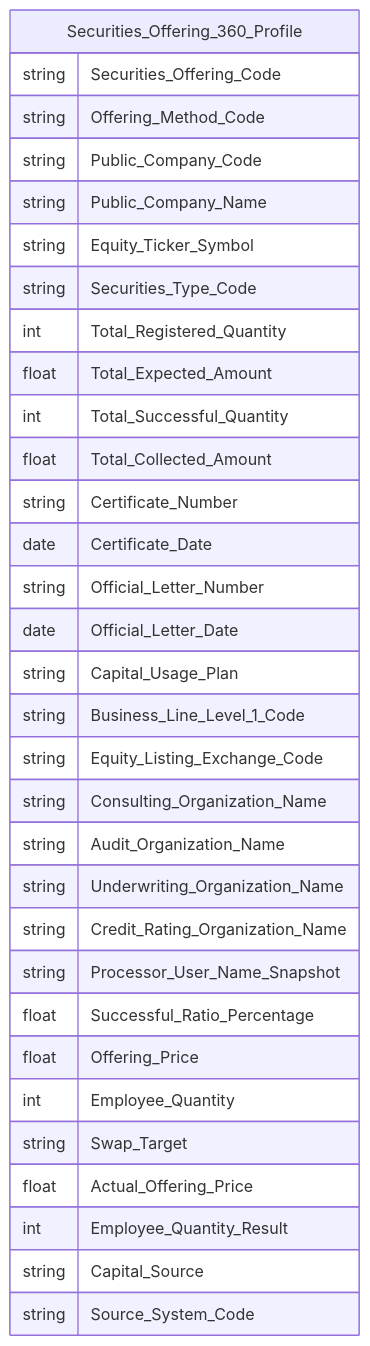
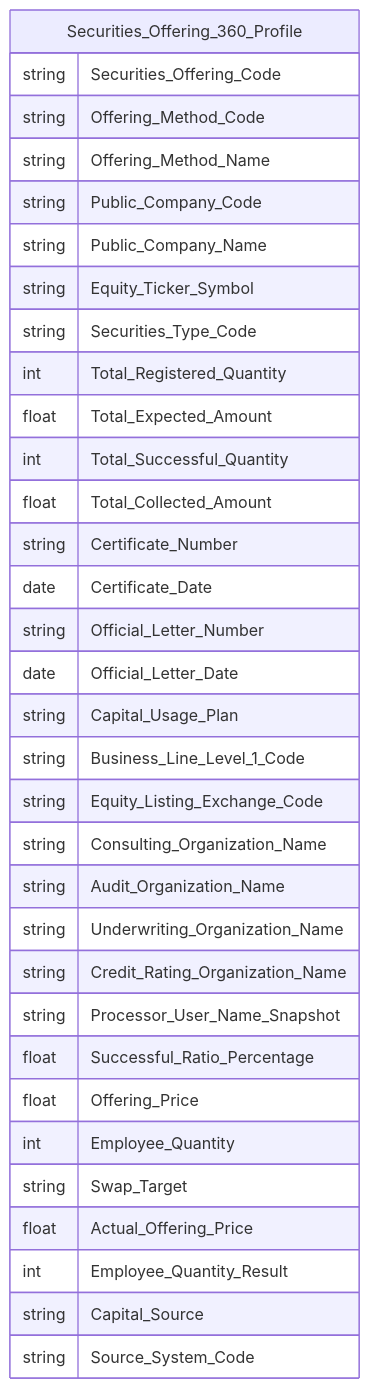
Before and after one commit to linhlvit/ubck_atomic_design: diagram 12 of 22 in Datamart/hld/DTM_QLCB_HLD.md, drawn with Mermaid. The commit also changed other lines of this file and 60 other files, not shown here.

````diff
--- a/Datamart/hld/DTM_QLCB_HLD.md
+++ b/Datamart/hld/DTM_QLCB_HLD.md
@@ -614,35 +616,36 @@
 ```mermaid
 erDiagram
     Securities_Offering_360_Profile {
         string Securities_Offering_Code
         string Offering_Method_Code
+        string Offering_Method_Name
         string Public_Company_Code
         string Public_Company_Name
         string Equity_Ticker_Symbol
         string Securities_Type_Code
         int Total_Registered_Quantity
         float Total_Expected_Amount
         int Total_Successful_Quantity
         float Total_Collected_Amount
         string Certificate_Number
         date Certificate_Date
         string Official_Letter_Number
         date Official_Letter_Date
         string Capital_Usage_Plan
         string Business_Line_Level_1_Code
         string Equity_Listing_Exchange_Code
         string Consulting_Organization_Name
         string Audit_Organization_Name
         string Underwriting_Organization_Name
         string Credit_Rating_Organization_Name
         string Processor_User_Name_Snapshot
         float Successful_Ratio_Percentage
         float Offering_Price
         int Employee_Quantity
         string Swap_Target
         float Actual_Offering_Price
         int Employee_Quantity_Result
         string Capital_Source
         string Source_System_Code
     }
 ```
````
